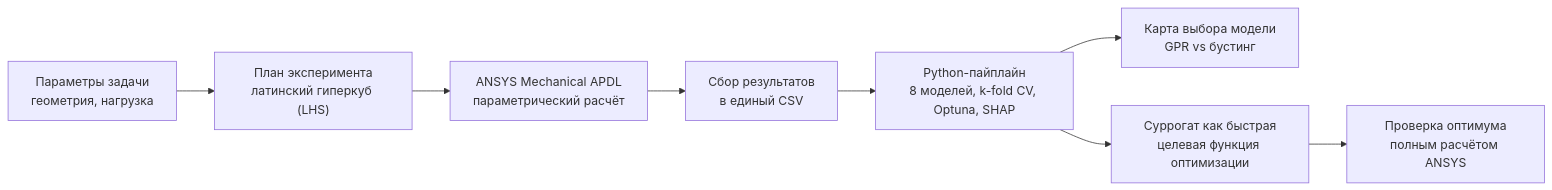
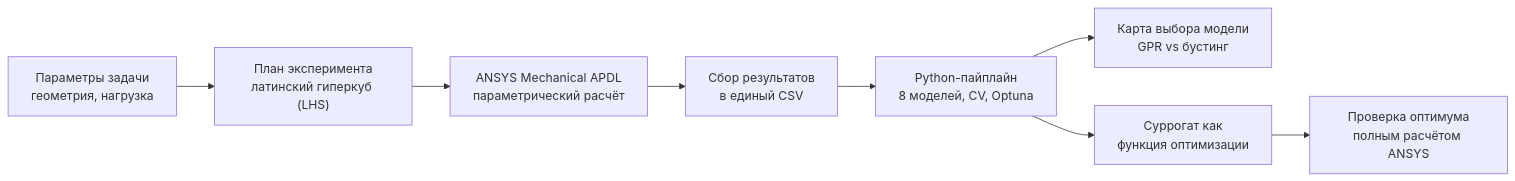
The diagram in README.md (alexandersavintsev/fea-surrogate-benchmark), drawn with Mermaid before and after one commit.

Commit message:
docs: укорочены подписи в mermaid-схеме (не обрезаются)

````diff
--- a/README.md
+++ b/README.md
@@ -52,10 +52,10 @@
 ```mermaid
 flowchart LR
     A["Параметры задачи<br/>геометрия, нагрузка"] --> B["План эксперимента<br/>латинский гиперкуб (LHS)"]
     B --> C["ANSYS Mechanical APDL<br/>параметрический расчёт"]
     C --> D["Сбор результатов<br/>в единый CSV"]
-    D --> E["Python-пайплайн<br/>8 моделей, k-fold CV, Optuna, SHAP"]
+    D --> E["Python-пайплайн<br/>8 моделей, CV, Optuna"]
     E --> F["Карта выбора модели<br/>GPR vs бустинг"]
-    E --> G["Суррогат как быстрая<br/>целевая функция оптимизации"]
+    E --> G["Суррогат как<br/>функция оптимизации"]
     G --> H["Проверка оптимума<br/>полным расчётом ANSYS"]
 ```
````
